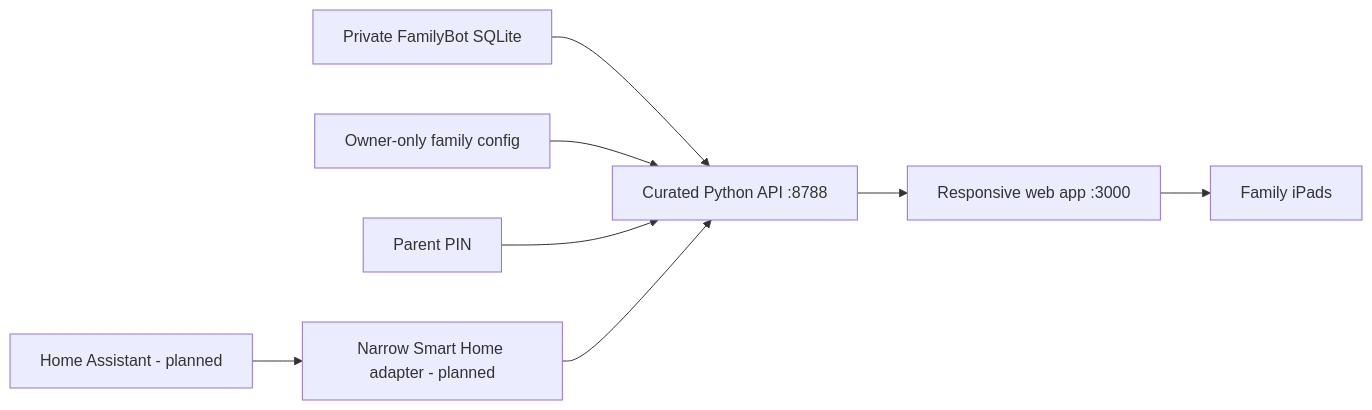
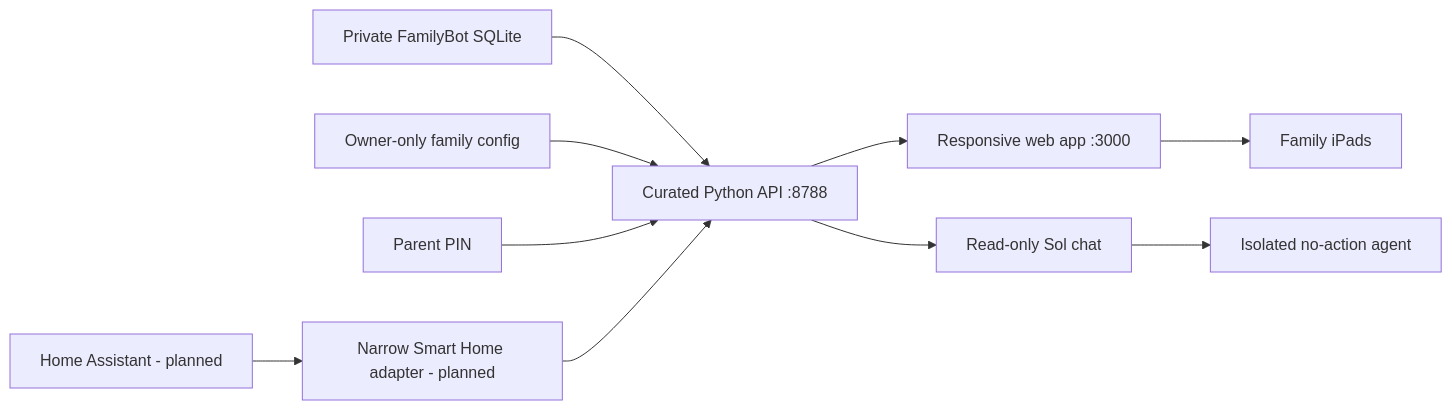
One commit to TrygveAasheim/familybot-portal changed the diagram in docs/DEVELOPMENT_GUIDE.md. Above: the diagram before and after it, drawn with Mermaid. The commit also changed other lines of this file and 15 other files, not shown here.

Commit message:
feat: add grounded read-only family chat

````diff
--- a/docs/DEVELOPMENT_GUIDE.md
+++ b/docs/DEVELOPMENT_GUIDE.md
@@ -25,10 +25,12 @@
 ```mermaid
 flowchart LR
   DB["Private FamilyBot SQLite"] --> API["Curated Python API :8788"]
   Config["Owner-only family config"] --> API
   API --> Web["Responsive web app :3000"]
+  API --> Chat["Read-only Sol chat"]
+  Chat --> OpenClaw["Isolated no-action agent"]
   Web --> iPad["Family iPads"]
   Parent["Parent PIN"] --> API
   HA["Home Assistant - planned"] --> Smart["Narrow Smart Home adapter - planned"]
   Smart --> API
 ```
````
